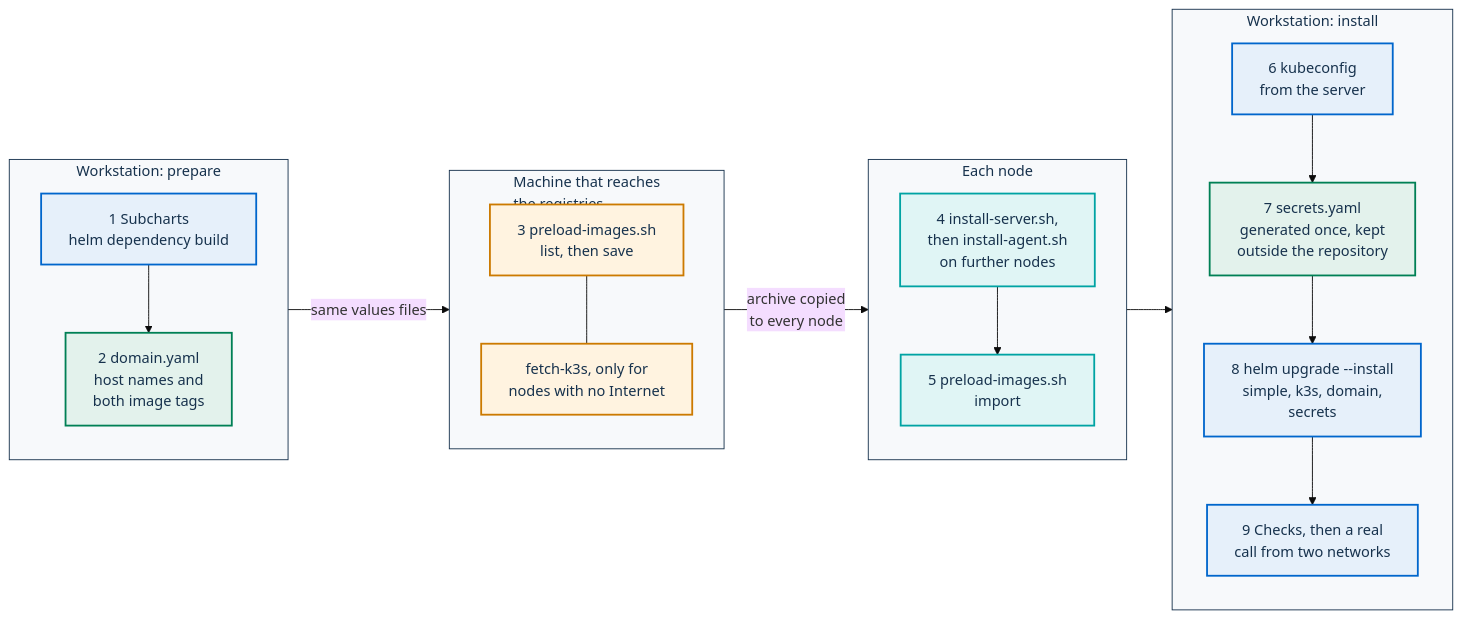
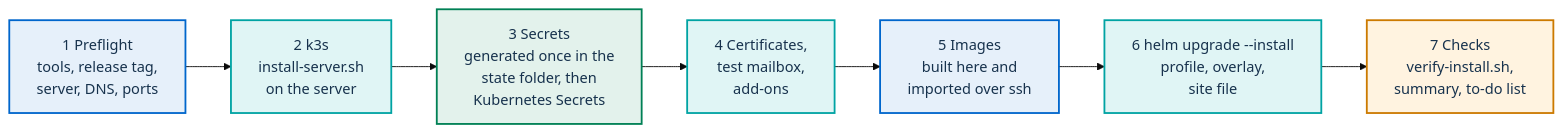
The second of 2 diagrams in docs/install/k3s.md (italia/pa-webinar), drawn with Mermaid (base theme) before and after one commit. The commit also changed other lines of this file and 25 other files, not shown here.

````diff
--- a/docs/install/k3s.md
+++ b/docs/install/k3s.md
@@ -274,46 +332,17 @@
 ```mermaid
 flowchart LR
-  classDef portal fill:#E6F0FA,stroke:#0066CC,stroke-width:2px,color:#17324D
-  classDef media fill:#E0F5F5,stroke:#00A3A3,stroke-width:2px,color:#17324D
+  classDef ws fill:#E6F0FA,stroke:#0066CC,stroke-width:2px,color:#17324D
+  classDef node fill:#E0F5F5,stroke:#00A3A3,stroke-width:2px,color:#17324D
   classDef data fill:#E3F2EC,stroke:#008055,stroke-width:2px,color:#17324D
-  classDef job fill:#FFF3E0,stroke:#CC7A00,stroke-width:2px,color:#17324D
+  classDef check fill:#FFF3E0,stroke:#CC7A00,stroke-width:2px,color:#17324D
 
-  subgraph A["Workstation: prepare"]
-    direction TB
-    W0["1 Subcharts<br/>helm dependency build"]:::portal
-    W1["2 domain.yaml<br/>host names and<br/>both image tags"]:::data
-    W0 --> W1
-  end
+  A["1 Preflight<br/>tools, release tag,<br/>server, DNS, ports"]:::ws
+  B["2 k3s<br/>install-server.sh<br/>on the server"]:::node
+  C["3 Secrets<br/>generated once in the<br/>state folder, then<br/>Kubernetes Secrets"]:::data
+  D["4 Certificates,<br/>test mailbox,<br/>add-ons"]:::node
+  E["5 Images<br/>built here and<br/>imported over ssh"]:::ws
+  F["6 helm upgrade --install<br/>profile, overlay,<br/>site file"]:::node
+  G["7 Checks<br/>verify-install.sh,<br/>summary, to-do list"]:::check
 
-  subgraph B["Machine that reaches<br/>the registries"]
-    direction TB
-    P2["3 preload-images.sh<br/>list, then save"]:::job
-    P2b["fetch-k3s, only for<br/>nodes with no Internet"]:::job
-    P2 --- P2b
-  end
-
-  subgraph C["Each node"]
-    direction TB
-    N3["4 install-server.sh,<br/>then install-agent.sh<br/>on further nodes"]:::media
-    N4["5 preload-images.sh<br/>import"]:::media
-    N3 --> N4
-  end
-
-  subgraph D["Workstation: install"]
-    direction TB
-    W5["6 kubeconfig<br/>from the server"]:::portal
-    W6["7 secrets.yaml<br/>generated once, kept<br/>outside the repository"]:::data
-    W7["8 helm upgrade --install<br/>simple, k3s, domain,<br/>secrets"]:::portal
-    W8["9 Checks, then a real<br/>call from two networks"]:::portal
-    W5 --> W6 --> W7 --> W8
-  end
-
-  W1 -->|"same values files"| P2
-  P2 -->|"archive copied<br/>to every node"| N3
-  N4 --> W5
-
-  style A fill:#F7F9FB,stroke:#17324D,color:#17324D
-  style B fill:#F7F9FB,stroke:#17324D,color:#17324D
-  style C fill:#F7F9FB,stroke:#17324D,color:#17324D
-  style D fill:#F7F9FB,stroke:#17324D,color:#17324D
+  A --> B --> C --> D --> E --> F --> G
 ```
````
